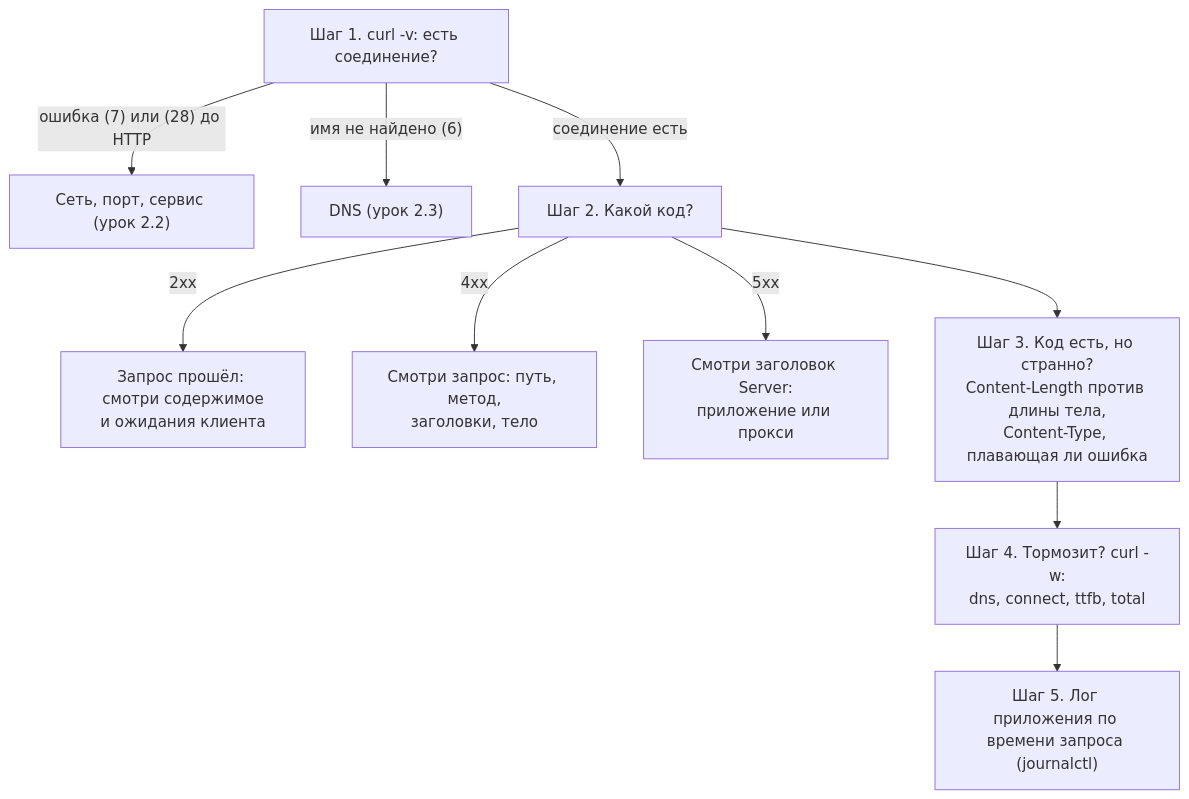
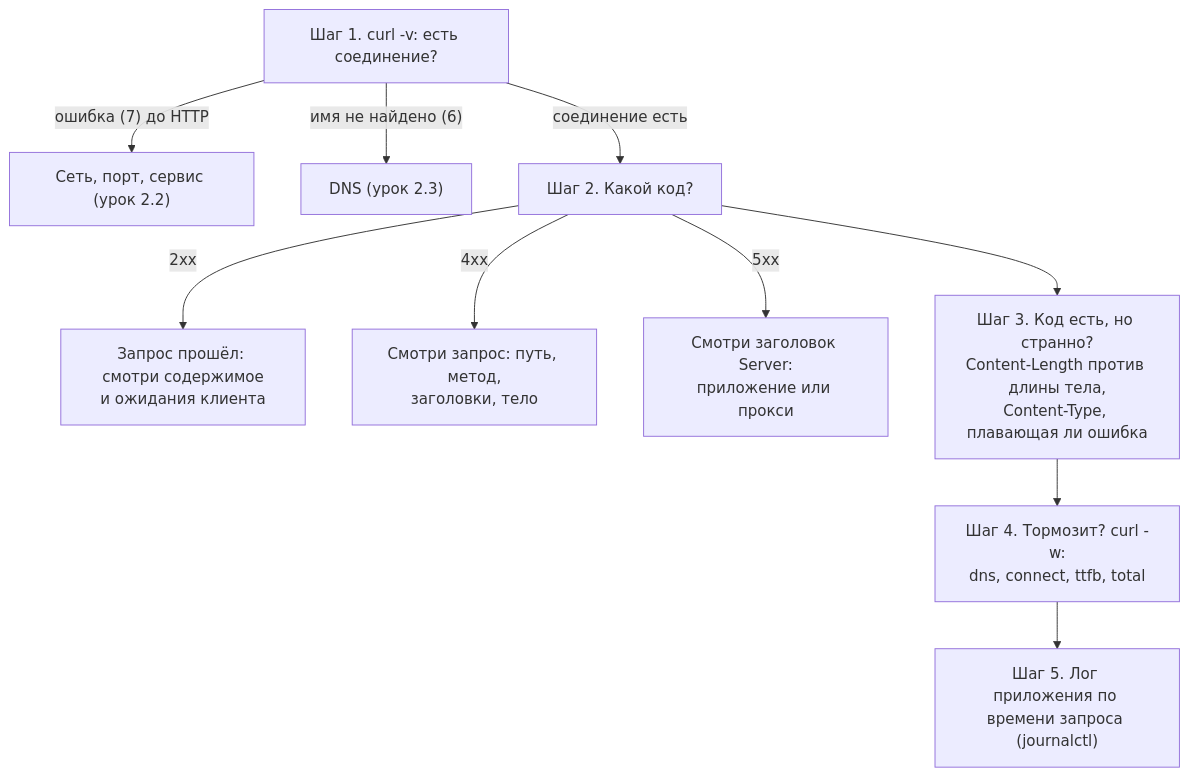
The fifth of 5 diagrams in devops/02-network/04-http.md (distinguished-sre/learning), drawn with Mermaid before and after one commit. The commit also changed other lines of this file and 346 other files, not shown here.

````diff
--- a/devops/02-network/04-http.md
+++ b/devops/02-network/04-http.md
@@ -683,12 +697,12 @@
 ```mermaid
 flowchart TD
-    A["Шаг 1. curl -v: есть соединение?"] -->|"ошибка (7) или (28) до HTTP"| N["Сеть, порт, сервис (урок 2.2)"]
+    A["Шаг 1. curl -v: есть соединение?"] -->|"ошибка (7) до HTTP"| N["Сеть, порт, сервис (урок 2.2)"]
     A -->|"имя не найдено (6)"| D["DNS (урок 2.3)"]
     A -->|"соединение есть"| B["Шаг 2. Какой код?"]
     B -->|"2xx"| B2["Запрос прошёл: смотри содержимое<br>и ожидания клиента"]
     B -->|"4xx"| B4["Смотри запрос: путь, метод,<br>заголовки, тело"]
     B -->|"5xx"| B5["Смотри заголовок Server:<br>приложение или прокси"]
     B --> C["Шаг 3. Код есть, но странно?<br>Content-Length против длины тела,<br>Content-Type, плавающая ли ошибка"]
     C --> T["Шаг 4. Тормозит? curl -w:<br>dns, connect, ttfb, total"]
     T --> L["Шаг 5. Лог приложения по времени запроса (journalctl)"]
 ```
````
